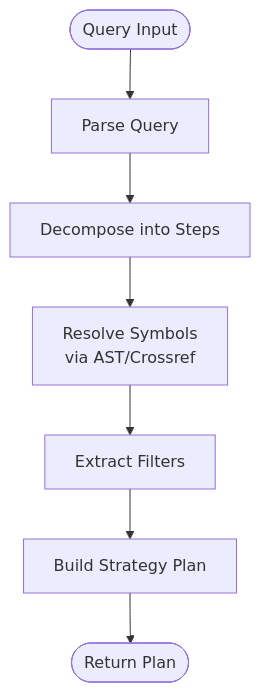
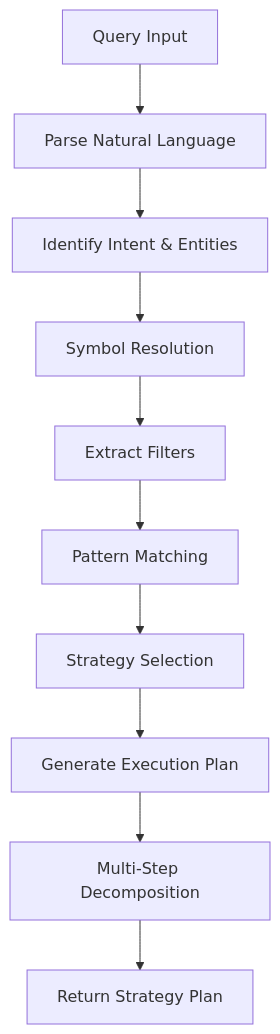
Before and after one commit to NcitDev/ragsystem: the first of 5 diagrams in docs/wiki/Search and Retrieval/Search and Retrieval.md, drawn with Mermaid. The commit also changed other lines of this file and 27 other files, not shown here.

````diff
--- a/docs/wiki/Search and Retrieval/Search and Retrieval.md
+++ b/docs/wiki/Search and Retrieval/Search and Retrieval.md
@@ -181,9 +74,12 @@
 ```mermaid
 flowchart TD
-Start(["Query Input"]) --> Parse["Parse Query"]
-Parse --> Decompose["Decompose into Steps"]
-Decompose --> Resolve["Resolve Symbols<br/>via AST/Crossref"]
-Resolve --> Filter["Extract Filters"]
-Filter --> Plan["Build Strategy Plan"]
-Plan --> End(["Return Plan"])
+A["Query Input"] --> B["Parse Natural Language"]
+B --> C["Identify Intent & Entities"]
+C --> D["Symbol Resolution"]
+D --> E["Extract Filters"]
+E --> F["Pattern Matching"]
+F --> G["Strategy Selection"]
+G --> H["Generate Execution Plan"]
+H --> I["Multi-Step Decomposition"]
+I --> J["Return Strategy Plan"]
 ```
````
